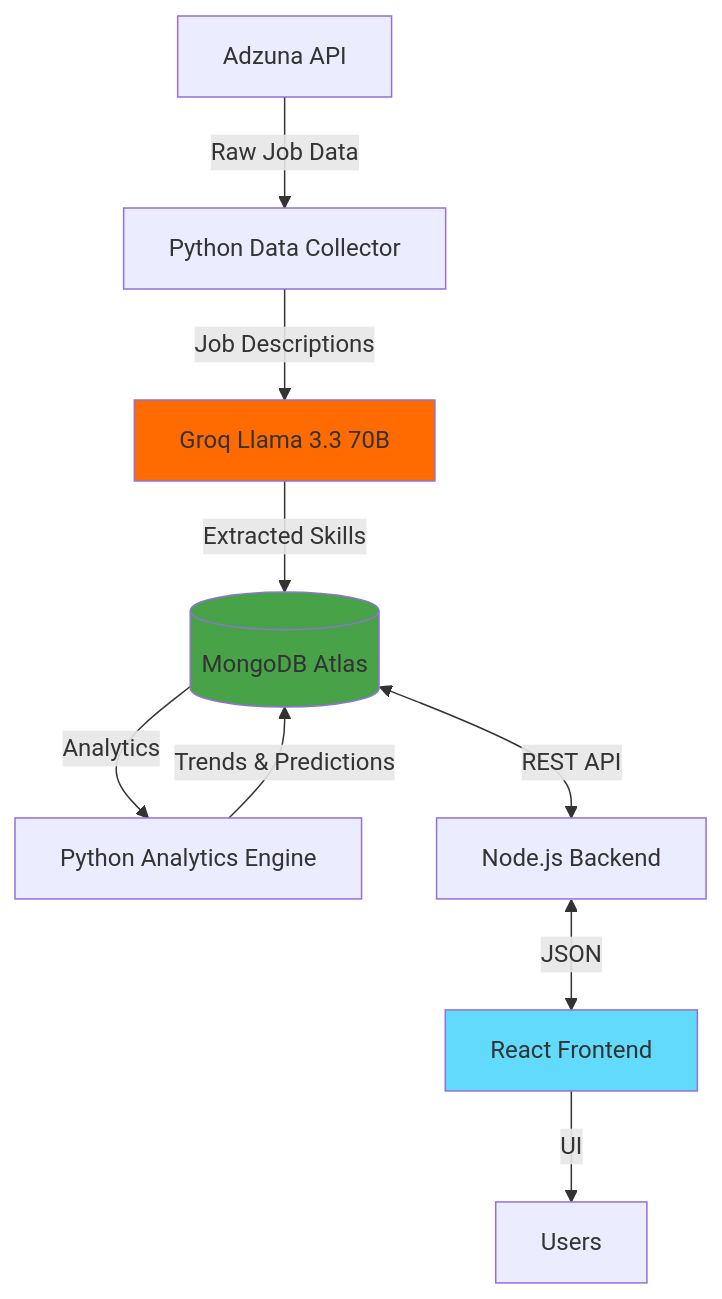
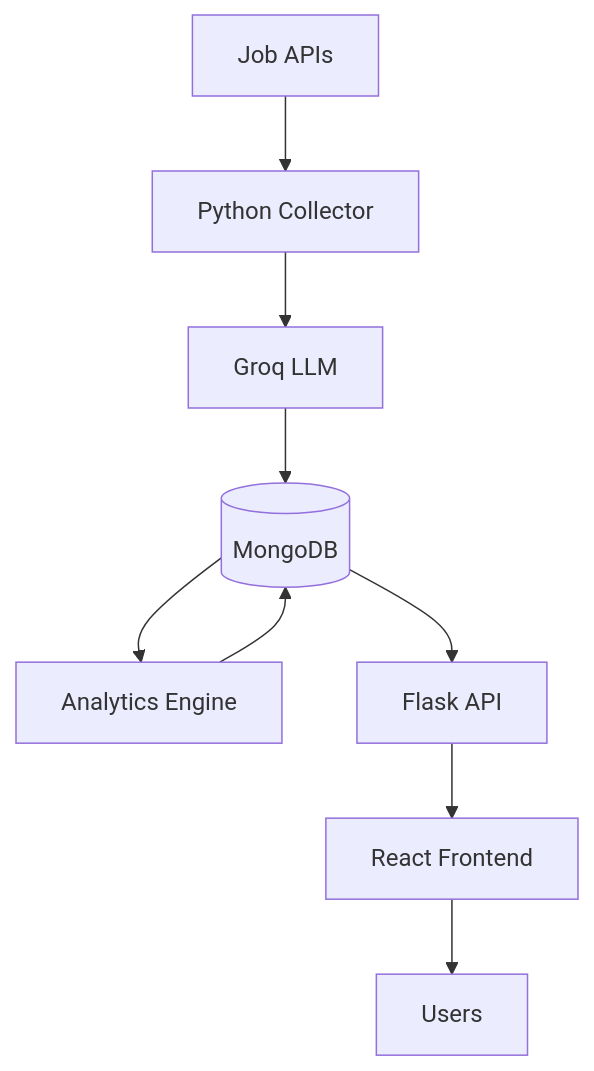
The diagram in README.md (Suraj-Wakchaure/skillpulse), drawn with Mermaid before and after one commit. The commit also changed other lines of this file, not shown here.

````diff
--- a/README.md
+++ b/README.md
@@ -115,15 +48,11 @@
 ```mermaid
 graph TD
-    A[Adzuna API] -->|Raw Job Data| B[Python Data Collector]
-    B -->|Job Descriptions| C[Groq Llama 3.3 70B]
-    C -->|Extracted Skills| D[(MongoDB Atlas)]
-    D -->|Analytics| E[Python Analytics Engine]
-    E -->|Trends & Predictions| D
-    D <-->|REST API| F[Node.js Backend]
-    F <-->|JSON| G[React Frontend]
-    G -->|UI| H[Users]
-    
-    style C fill:#FF6B00
-    style D fill:#47A248
-    style G fill:#61DAFB
+    A[Job APIs] --> B[Python Collector]
+    B --> C[Groq LLM]
+    C --> D[(MongoDB)]
+    D --> E[Analytics Engine]
+    E --> D
+    D --> F[Flask API]
+    F --> G[React Frontend]
+    G --> H[Users]
 ```
````
